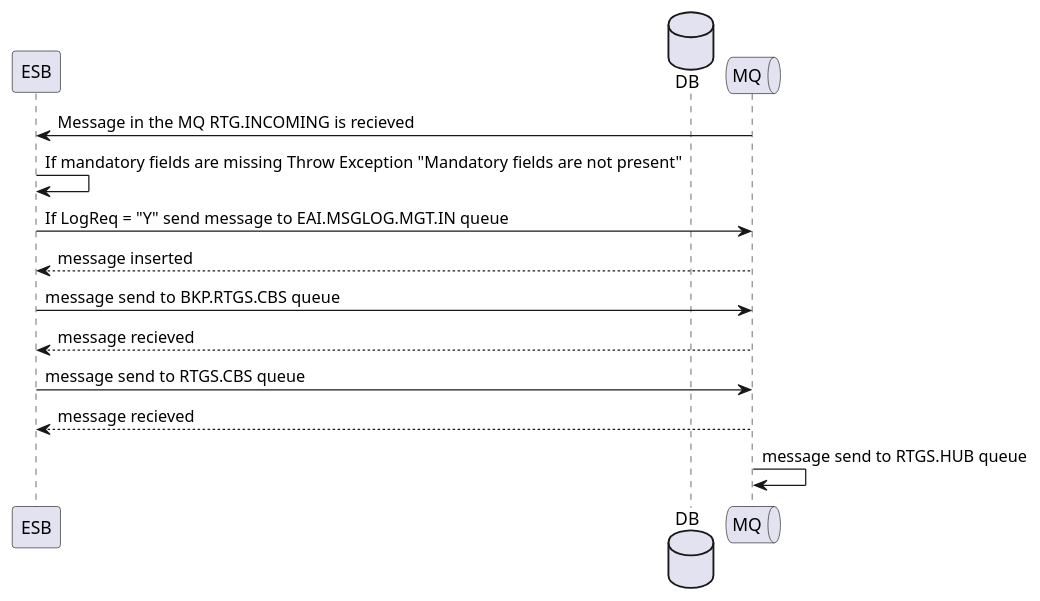
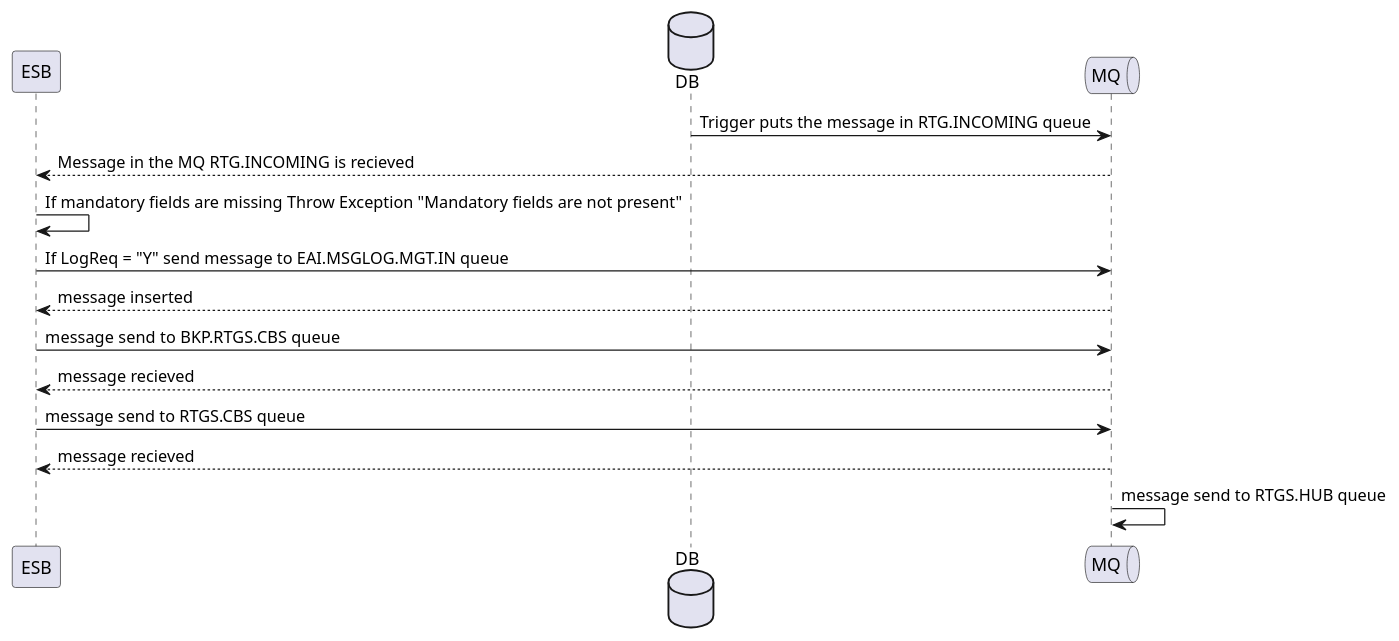
The diagram in rtgs/rtgs_in.puml (abhay113/SIB-PLANT-UML), drawn with PlantUML before and after one commit. The commit also changed 3 other files, not shown here.

```diff
--- a/rtgs/rtgs_in.puml
+++ b/rtgs/rtgs_in.puml
@@ -1,22 +1,23 @@
 @startuml RTGS INPUT 
 
 participant ESB
 Database "DB" as DB
 Queue "MQ" as MQ
 
-MQ-> ESB :  Message in the MQ RTG.INCOMING is recieved
+DB -> MQ : Trigger puts the message in RTG.INCOMING queue
+MQ --> ESB :  Message in the MQ RTG.INCOMING is recieved
 
 ESB -> ESB : If mandatory fields are missing Throw Exception "Mandatory fields are not present"
 
 ESB -> MQ: If LogReq = "Y" send message to EAI.MSGLOG.MGT.IN queue
 MQ --> ESB: message inserted
 
 ESB -> MQ : message send to BKP.RTGS.CBS queue
 MQ --> ESB : message recieved
 
 ESB -> MQ : message send to RTGS.CBS queue
 MQ --> ESB : message recieved
 
 MQ -> MQ : message send to RTGS.HUB queue
 
 @enduml
```
